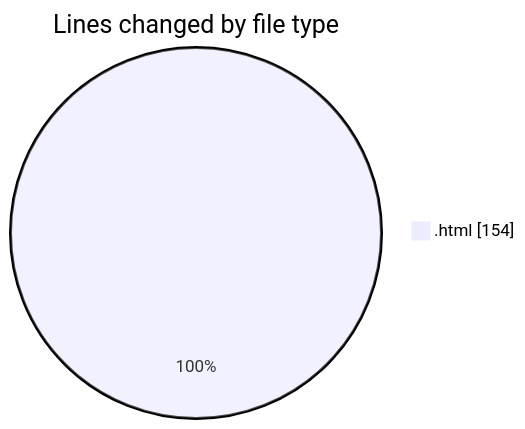
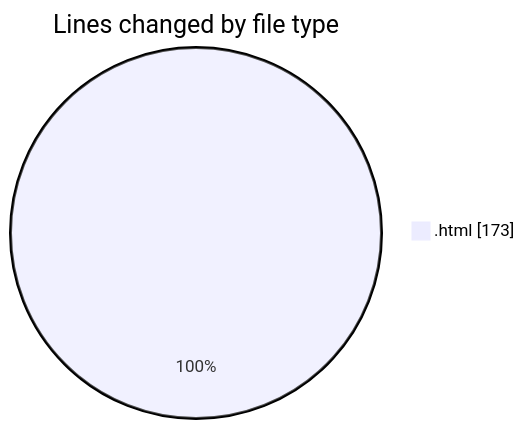
One commit to robertbonfada/code-tracking changed the first of 2 diagrams in 2025-02-13/image-composer/README.md. Above: the diagram before and after it, drawn with Mermaid. The commit also changed other lines of this file and 1 other file, not shown here.

````diff
--- a/2025-02-13/image-composer/README.md
+++ b/2025-02-13/image-composer/README.md
@@ -20,5 +20,5 @@
 ```mermaid
 pie showData
 title Lines changed by file type
-".html" : 154
+".html" : 173
 ```
````
